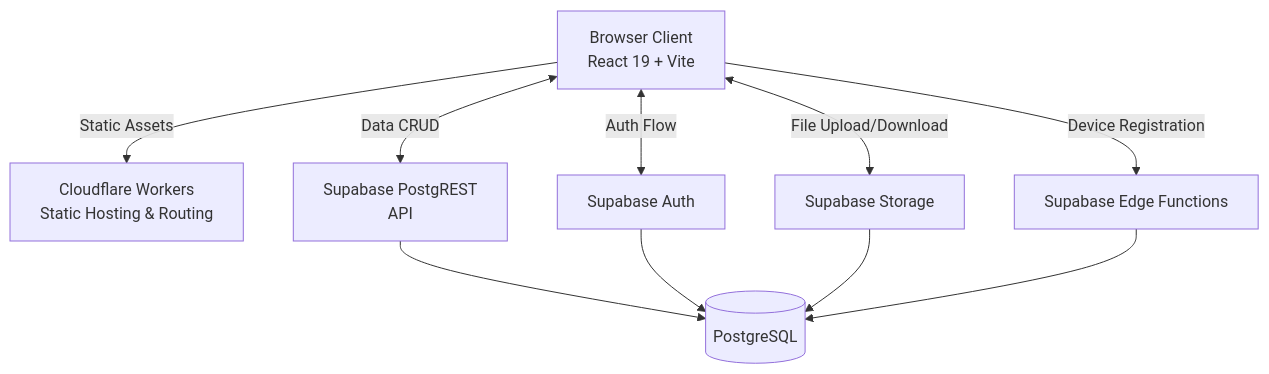
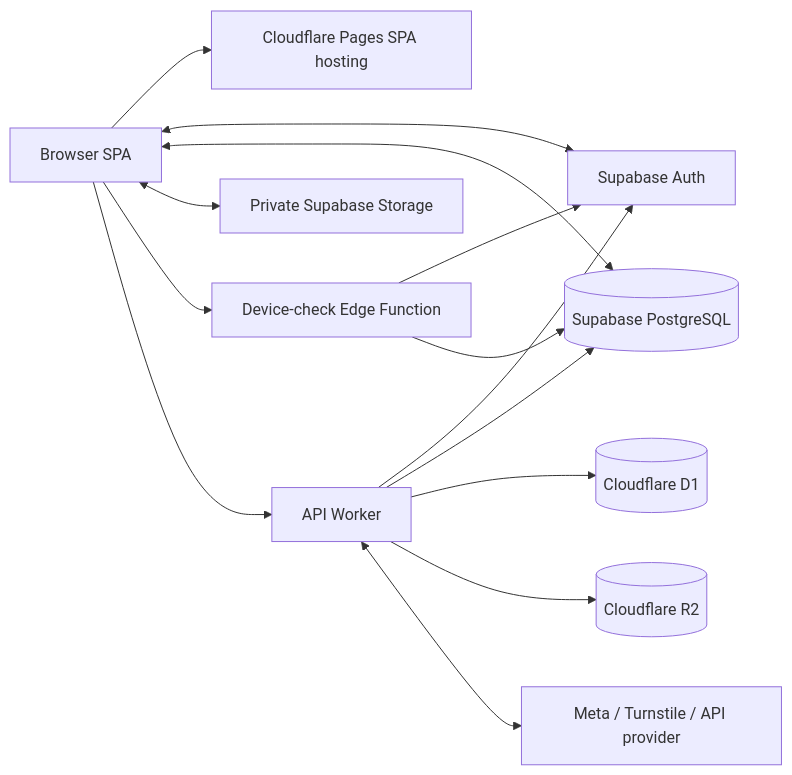
The first of 2 diagrams in docs/ARCHITECTURE.md (Axoineo/dikho), drawn with Mermaid before and after one commit. The commit also changed other lines of this file and 41 other files, not shown here.

````diff
--- a/docs/ARCHITECTURE.md
+++ b/docs/ARCHITECTURE.md
@@ -7,21 +11,27 @@
 ```mermaid
-graph TD
-    Client[Browser Client<br/>React 19 + Vite]
-    CF[Cloudflare Workers<br/>Static Hosting & Routing]
-    SupaAPI[Supabase PostgREST<br/>API]
-    SupaAuth[Supabase Auth]
-    SupaStorage[Supabase Storage]
-    SupaEdge[Supabase Edge Functions]
-    DB[(PostgreSQL)]
+flowchart LR
+    B[Browser SPA]
+    S[Cloudflare Pages SPA hosting]
+    A[API Worker]
+    AU[Supabase Auth]
+    PG[(Supabase PostgreSQL)]
+    ST[Private Supabase Storage]
+    EF[Device-check Edge Function]
+    D1[(Cloudflare D1)]
+    R2[(Cloudflare R2)]
+    EXT[Meta / Turnstile / API provider]
 
-    Client -->|Static Assets| CF
-    Client <-->|Data CRUD| SupaAPI
-    Client <-->|Auth Flow| SupaAuth
-    Client <-->|File Upload/Download| SupaStorage
-    Client -->|Device Registration| SupaEdge
-    
-    SupaAPI --> DB
-    SupaAuth --> DB
-    SupaStorage --> DB
-    SupaEdge --> DB
+    B --> S
+    B <--> AU
+    B <--> PG
+    B <--> ST
+    B --> EF
+    B --> A
+    A --> AU
+    A --> PG
+    A --> D1
+    A --> R2
+    A <--> EXT
+    EF --> AU
+    EF --> PG
 ```
````
